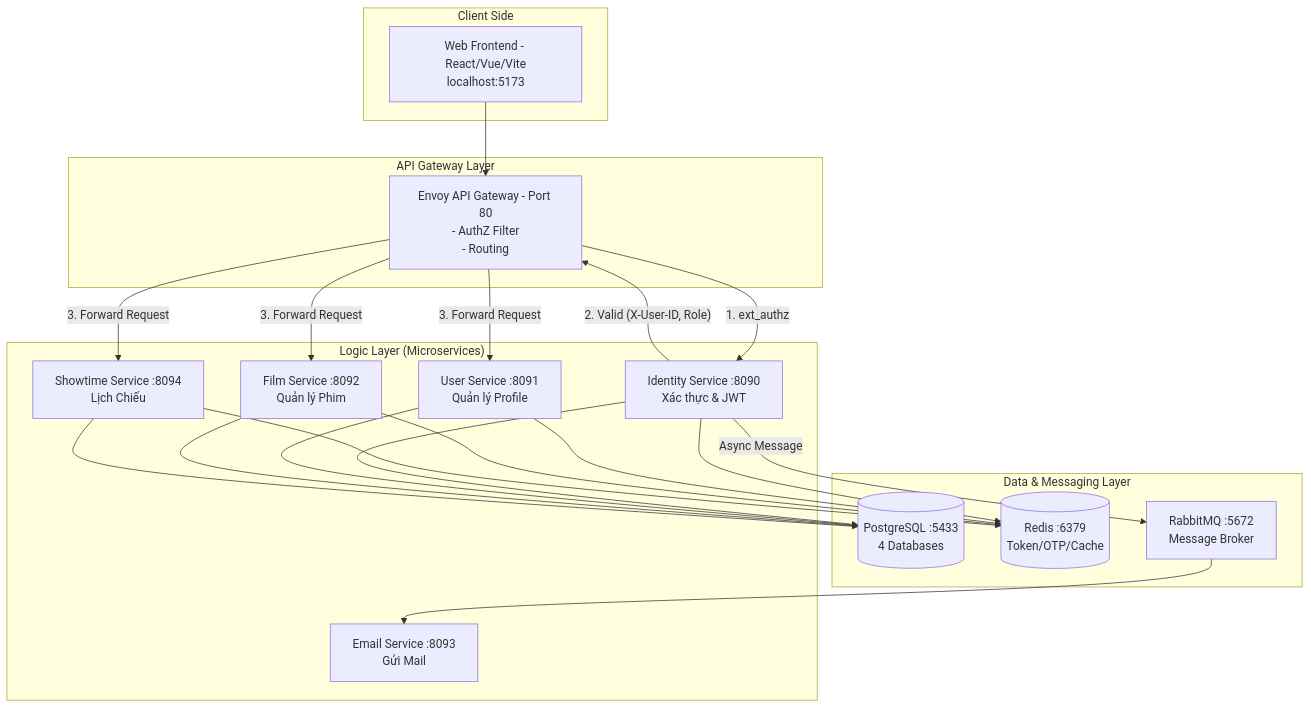
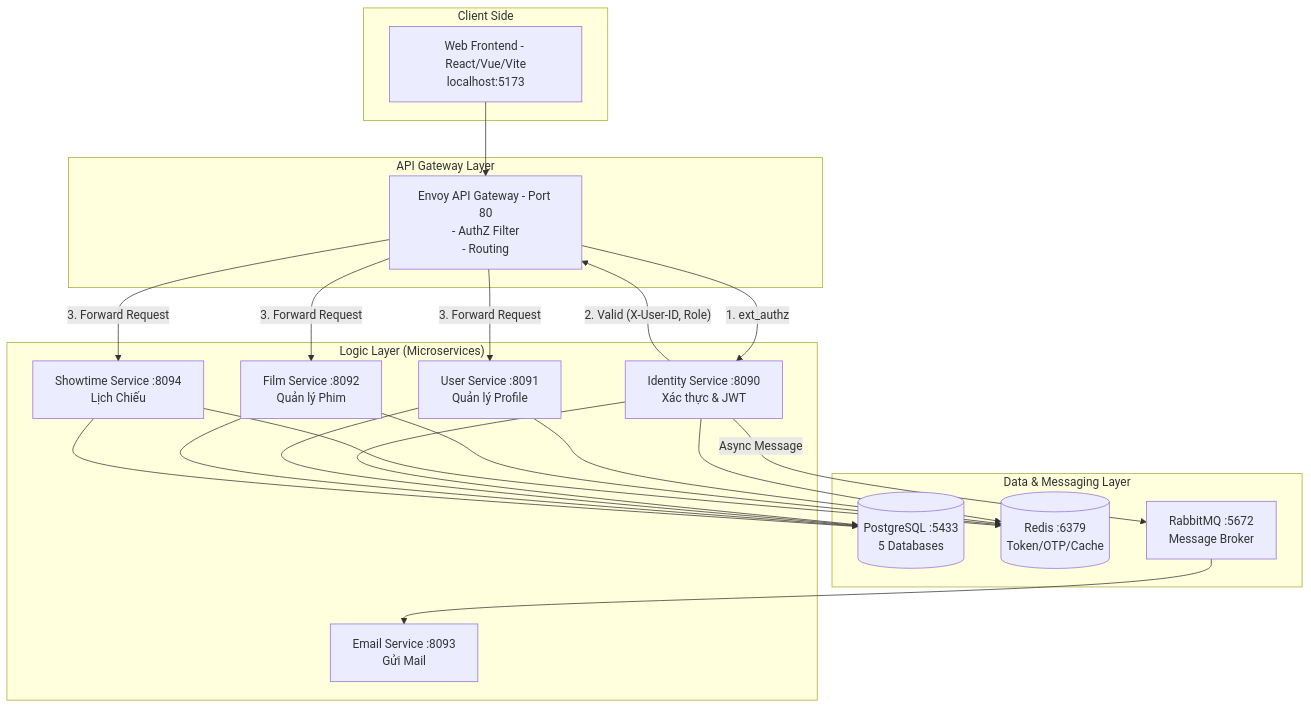
One commit to hiendangba/KLTN_Cinema changed the diagram in cinema-microservices/TECHNICAL_AGENT_GUIDE.md. Above: the diagram before and after it, drawn with Mermaid. The commit also changed other lines of this file and 7 other files, not shown here.

````diff
--- a/cinema-microservices/TECHNICAL_AGENT_GUIDE.md
+++ b/cinema-microservices/TECHNICAL_AGENT_GUIDE.md
@@ -71,36 +72,36 @@
 ```mermaid
 graph TD
     subgraph "Client Side"
         Web[Web Frontend - React/Vue/Vite\nlocalhost:5173]
     end
 
     subgraph "API Gateway Layer"
         Envoy[Envoy API Gateway - Port 80\n- AuthZ Filter\n- Routing]
     end
 
     subgraph "Logic Layer (Microservices)"
         Identity[Identity Service :8090\nXác thực & JWT]
         User[User Service :8091\nQuản lý Profile]
         Film[Film Service :8092\nQuản lý Phim]
         Showtime[Showtime Service :8094\nLịch Chiếu]
         Email[Email Service :8093\nGửi Mail]
     end
 
     subgraph "Data & Messaging Layer"
-        PG[(PostgreSQL :5433\n4 Databases)]
+        PG[(PostgreSQL :5433\n5 Databases)]
         Redis[(Redis :6379\nToken/OTP/Cache)]
         Rabbit[RabbitMQ :5672\nMessage Broker]
     end
 
     Web --> Envoy
     Envoy -- "1. ext_authz" --> Identity
     Identity -- "2. Valid (X-User-ID, Role)" --> Envoy
     Envoy -- "3. Forward Request" --> User
     Envoy -- "3. Forward Request" --> Film
     Envoy -- "3. Forward Request" --> Showtime
     
     Identity & User & Film & Showtime --> PG
     Identity & User & Film & Showtime --> Redis
     Identity -- "Async Message" --> Rabbit
     Rabbit --> Email
 ```
````
